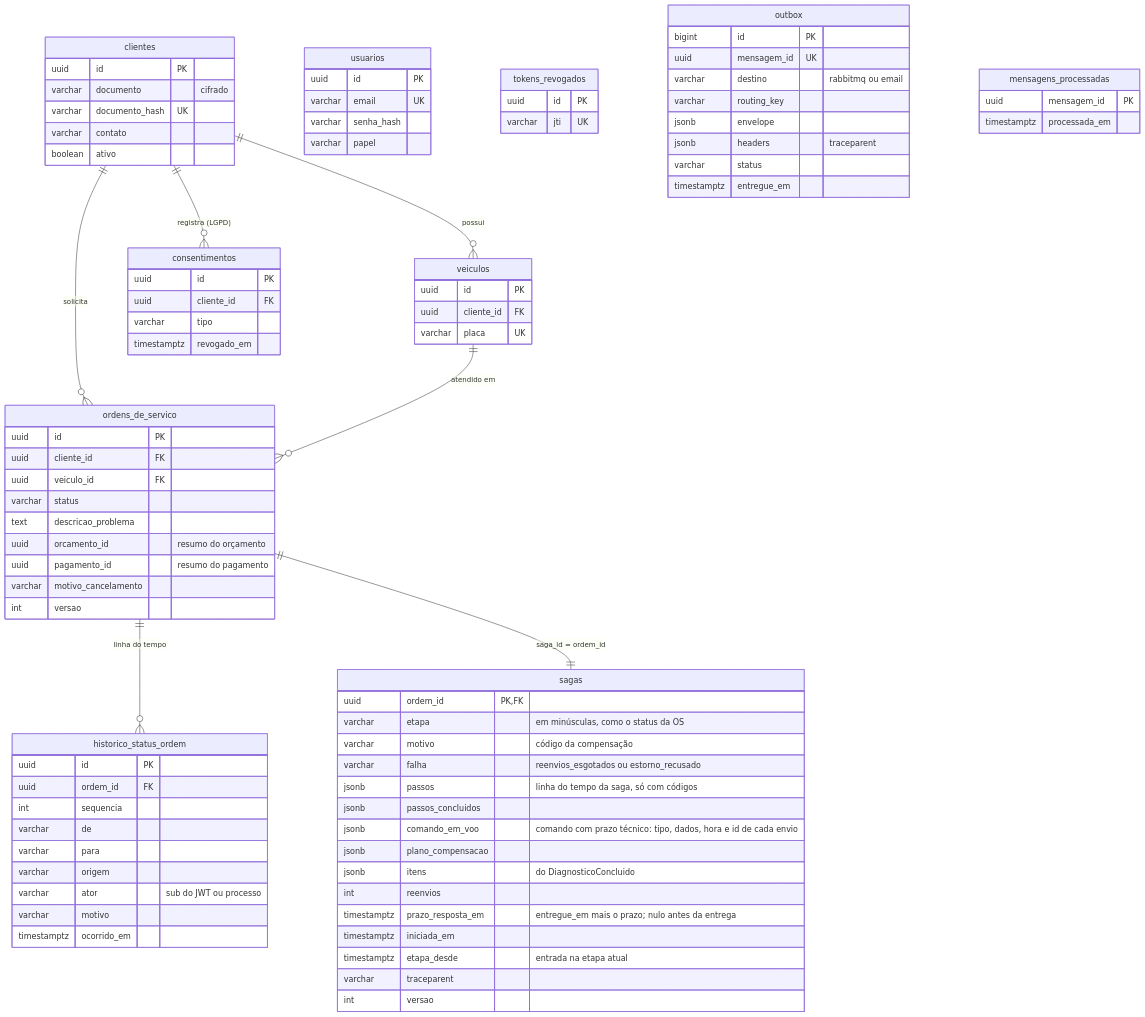
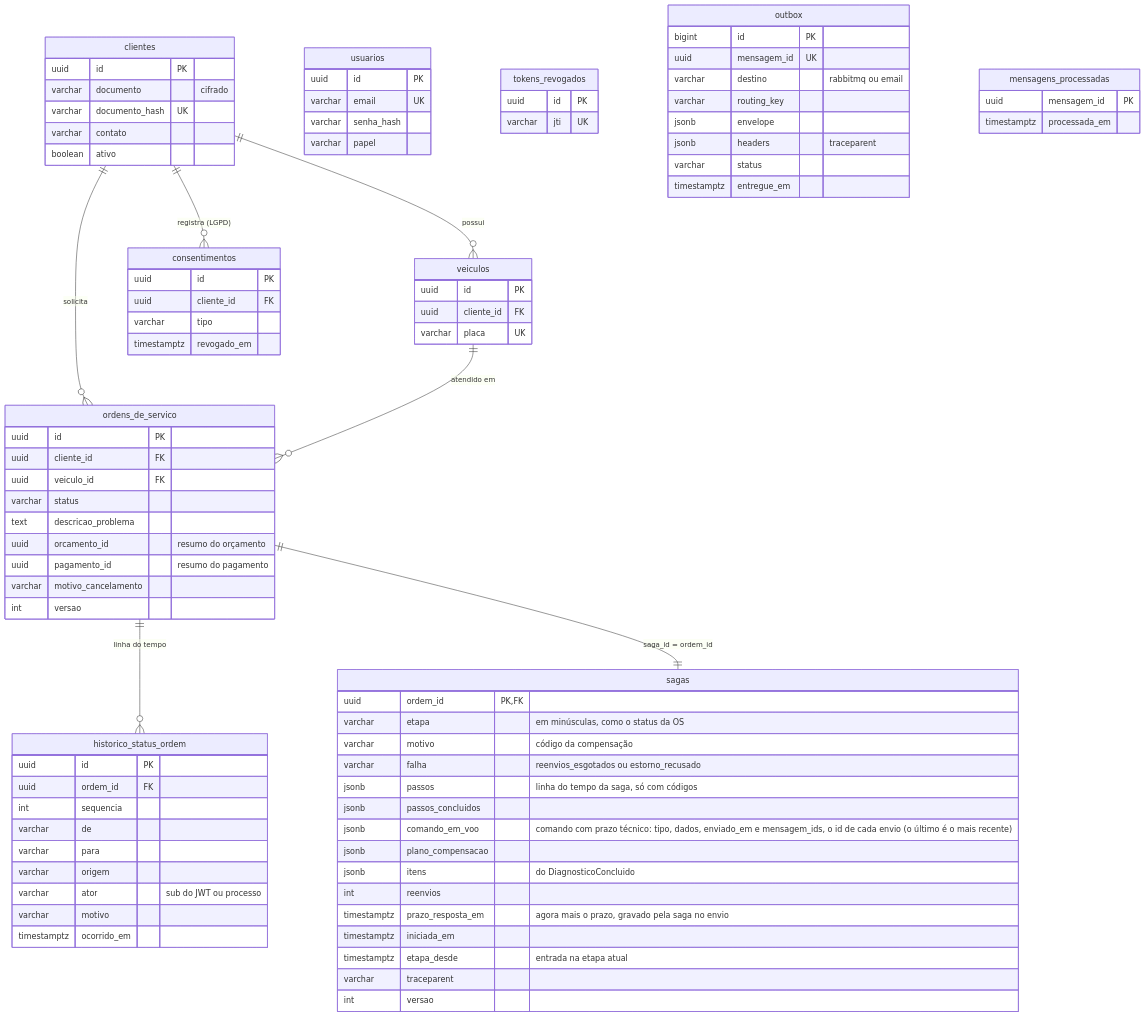
One commit to fiap-postech-sw-architecture/postech-sw-arch-p4-platform changed the tenth of 13 diagrams in docs/arquitetura/rfc/fase4/rfc-004-microsservicos-saga.md. Above: the diagram before and after it, drawn with Mermaid. The commit also changed other lines of this file and 1 other file, not shown here.

First line of the commit message:
docs: saga grava o prazo no envio e o prazos confere a entrega

```diff
--- a/docs/arquitetura/rfc/fase4/rfc-004-microsservicos-saga.md
+++ b/docs/arquitetura/rfc/fase4/rfc-004-microsservicos-saga.md
@@ -850,11 +850,11 @@
         varchar falha "reenvios_esgotados ou estorno_recusado"
         jsonb passos "linha do tempo da saga, só com códigos"
         jsonb passos_concluidos
-        jsonb comando_em_voo "comando com prazo técnico: tipo, dados, hora e id de cada envio"
+        jsonb comando_em_voo "comando com prazo técnico: tipo, dados, enviado_em e mensagem_ids, o id de cada envio (o último é o mais recente)"
         jsonb plano_compensacao
         jsonb itens "do DiagnosticoConcluido"
         int reenvios
-        timestamptz prazo_resposta_em "entregue_em mais o prazo; nulo antes da entrega"
+        timestamptz prazo_resposta_em "agora mais o prazo, gravado pela saga no envio"
         timestamptz iniciada_em
         timestamptz etapa_desde "entrada na etapa atual"
         varchar traceparent
```
